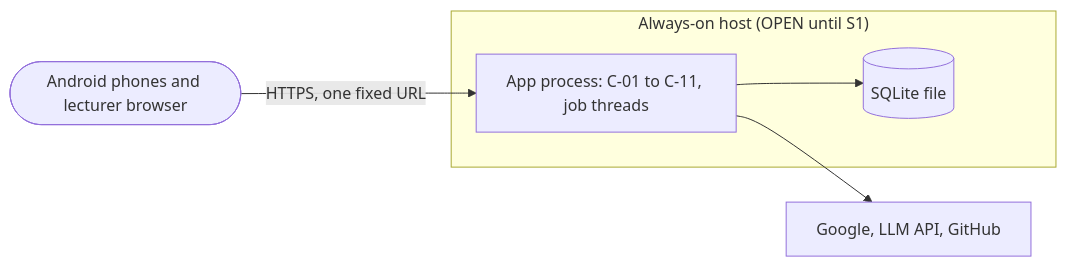
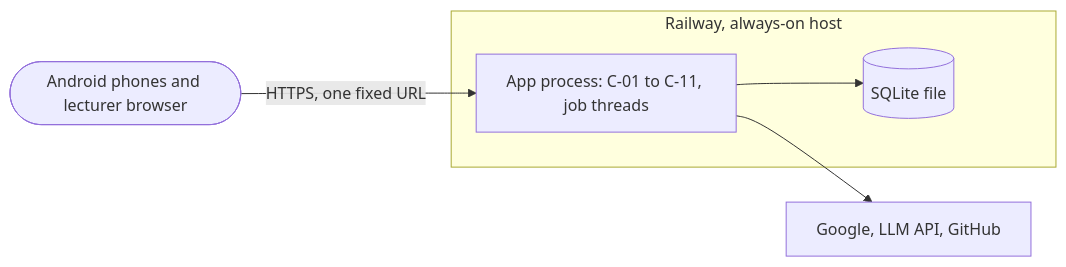
The second of 2 diagrams in docs/sdd.md (Gashaw-ambaw/Ex2), drawn with Mermaid before and after one commit. The commit also changed other lines of this file and 8 other files, not shown here.

````diff
--- a/docs/sdd.md
+++ b/docs/sdd.md
@@ -96,8 +96,8 @@
 ```mermaid
 flowchart LR
   U([Android phones and lecturer browser]) -->|HTTPS, one fixed URL| A
-  subgraph H["Always-on host (OPEN until S1)"]
+  subgraph H["Railway, always-on host"]
     A[App process: C-01 to C-11, job threads] --> F[(SQLite file)]
   end
   A --> X[Google, LLM API, GitHub]
 ```
````
